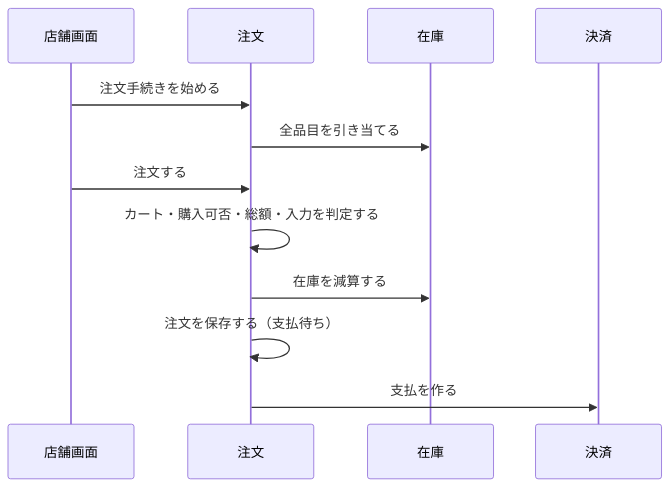
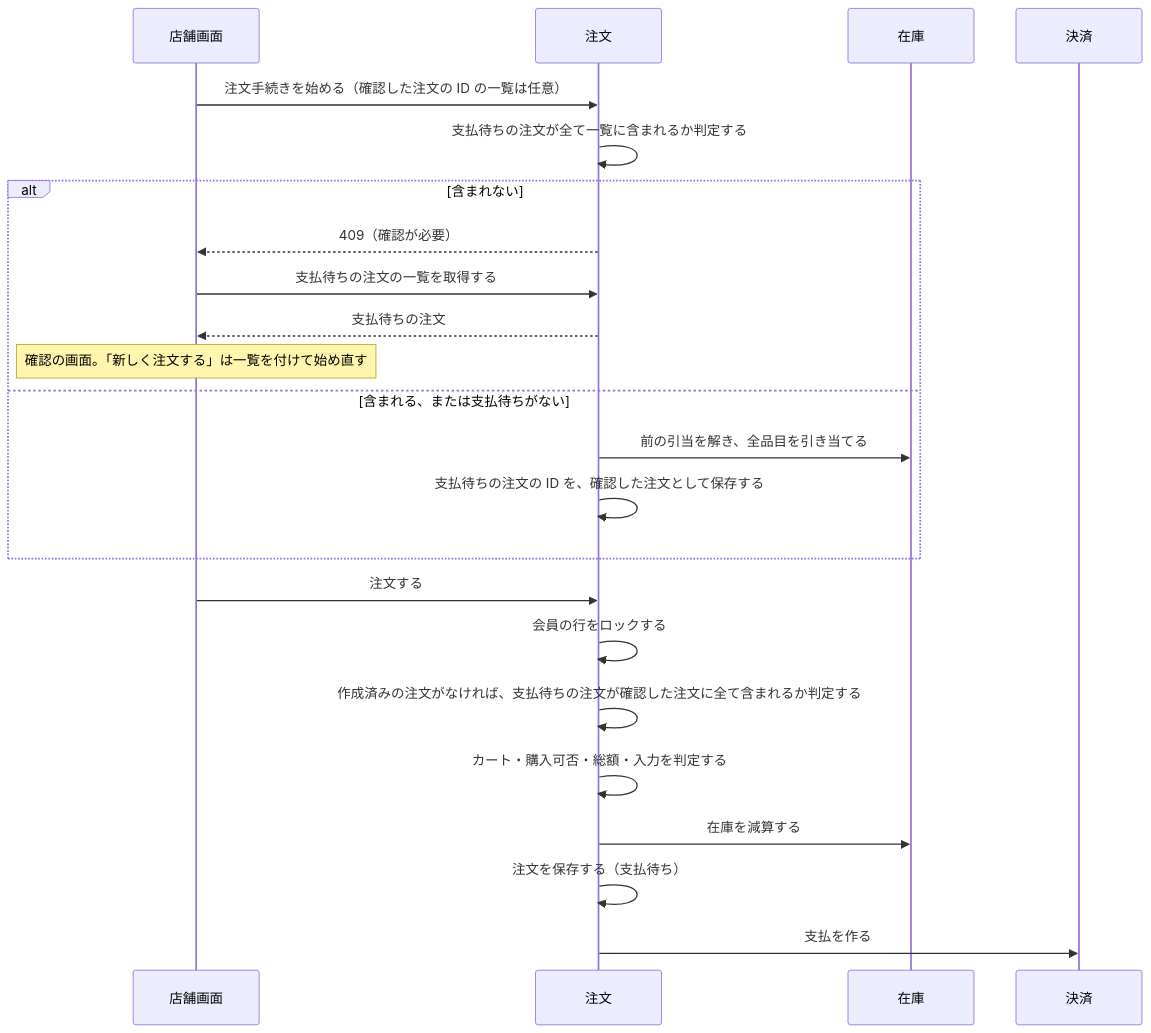
The first of 3 diagrams in docs/02-設計/order.md (roger88106/ec-site), drawn with Mermaid before and after one commit. The commit also changed other lines of this file and 7 other files, not shown here.

````diff
--- a/docs/02-設計/order.md
+++ b/docs/02-設計/order.md
@@ -35,14 +35,25 @@
 ```mermaid
 sequenceDiagram
     participant U as 店舗画面
     participant O as 注文
     participant I as 在庫
     participant P as 決済
-    U->>O: 注文手続きを始める
-    O->>I: 全品目を引き当てる
+    U->>O: 注文手続きを始める（確認した注文の ID の一覧は任意）
+    O->>O: 支払待ちの注文が全て一覧に含まれるか判定する
+    alt 含まれない
+        O-->>U: 409（確認が必要）
+        U->>O: 支払待ちの注文の一覧を取得する
+        O-->>U: 支払待ちの注文
+        Note over U: 確認の画面。「新しく注文する」は一覧を付けて始め直す
+    else 含まれる、または支払待ちがない
+        O->>I: 前の引当を解き、全品目を引き当てる
+        O->>O: 支払待ちの注文の ID を、確認した注文として保存する
+    end
     U->>O: 注文する
+    O->>O: 会員の行をロックする
+    O->>O: 作成済みの注文がなければ、支払待ちの注文が確認した注文に全て含まれるか判定する
     O->>O: カート・購入可否・総額・入力を判定する
     O->>I: 在庫を減算する
     O->>O: 注文を保存する（支払待ち）
     O->>P: 支払を作る
 ```
````
